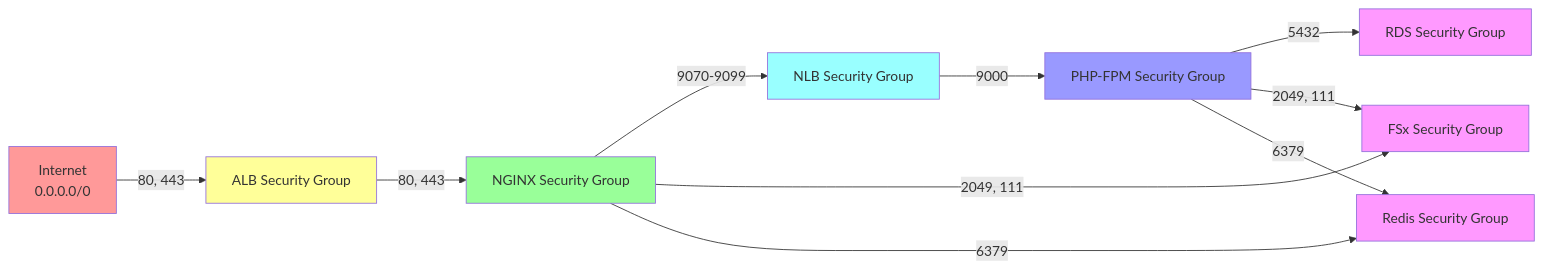
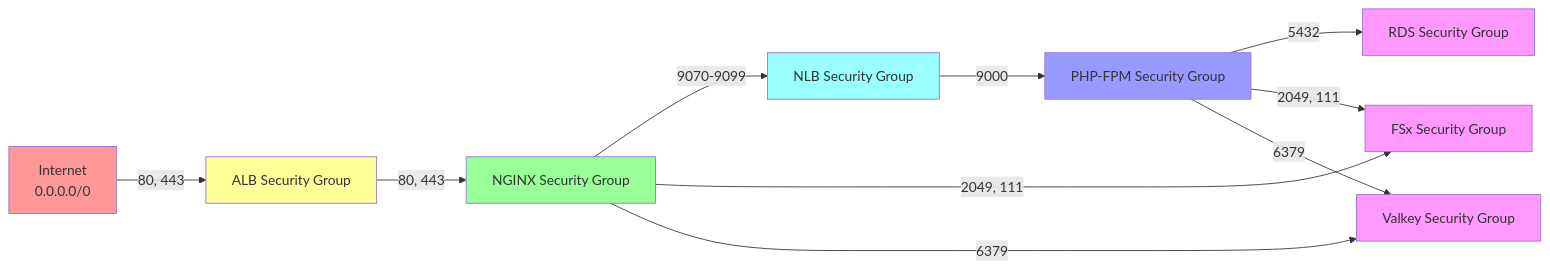
Before and after one commit to worx/cf-scalable-web: the second of 16 diagrams in docs/ARCHITECTURE.md, drawn with Mermaid. The commit also changed other lines of this file and 13 other files, not shown here.

First line of the commit message:
docs(redis→valkey): Complete Redis-to-Valkey rename across all docs and scripts

````diff
--- a/docs/ARCHITECTURE.md
+++ b/docs/ARCHITECTURE.md
@@ -68,21 +68,21 @@
 ```mermaid
 graph LR
     Internet[Internet<br/>0.0.0.0/0] -->|80, 443| ALB[ALB Security Group]
     ALB -->|80, 443| NGINX[NGINX Security Group]
     NGINX -->|9070-9099| NLB[NLB Security Group]
     NLB -->|9000| PHP[PHP-FPM Security Group]
     PHP -->|5432| RDS[RDS Security Group]
     NGINX -->|2049, 111| FSx[FSx Security Group]
     PHP -->|2049, 111| FSx
-    NGINX -->|6379| Redis[Redis Security Group]
-    PHP -->|6379| Redis
+    NGINX -->|6379| Valkey[Valkey Security Group]
+    PHP -->|6379| Valkey
 
     style Internet fill:#f99
     style ALB fill:#ff9
     style NGINX fill:#9f9
     style NLB fill:#9ff
     style PHP fill:#99f
     style RDS fill:#f9f
     style FSx fill:#f9f
-    style Redis fill:#f9f
+    style Valkey fill:#f9f
 ```
````
